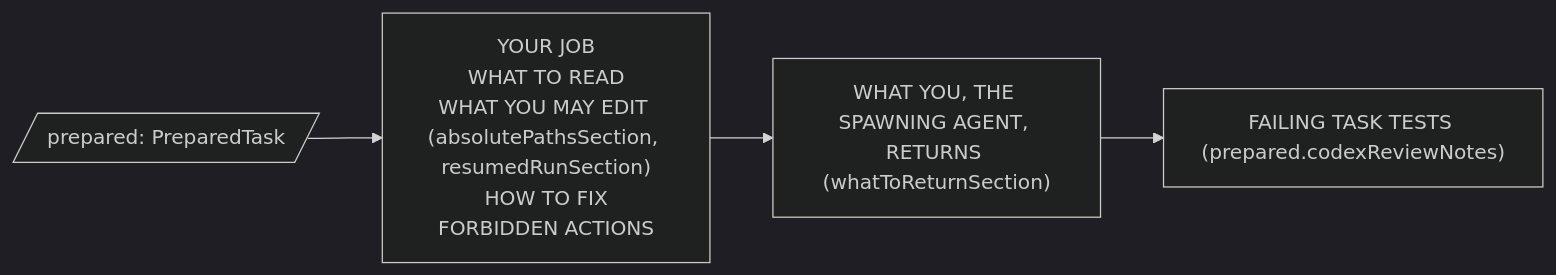
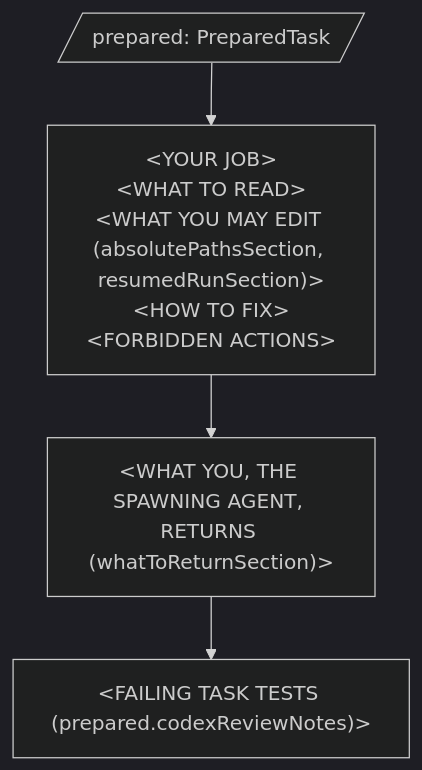
One commit to matkatmusic/taskTools changed the diagram in diagrams/prompts/FIX_IMPLEMENT_TASK_TESTS.mmd. Above: the diagram before and after it, drawn with Mermaid (dark theme). The commit also changed 52 other files, not shown here.

First line of the commit message:
Refactor review agent prompts and error handling for clarity and consistency

```diff
--- a/diagrams/prompts/FIX_IMPLEMENT_TASK_TESTS.mmd
+++ b/diagrams/prompts/FIX_IMPLEMENT_TASK_TESTS.mmd
@@ -1,6 +1,6 @@
 %% How buildFixTaskTestsPrompt picks its sections. No choices branch this prompt; every section always renders.
-flowchart LR
+flowchart TD
     prepared[/prepared: PreparedTask/] --> ALWAYS
-    ALWAYS["YOUR JOB<br>WHAT TO READ<br>WHAT YOU MAY EDIT (absolutePathsSection, resumedRunSection)<br>HOW TO FIX<br>FORBIDDEN ACTIONS"]
-    ALWAYS --> RETURN["WHAT YOU, THE SPAWNING AGENT, RETURNS (whatToReturnSection)"]
-    RETURN --> FAILING["FAILING TASK TESTS (prepared.codexReviewNotes)"]
+    ALWAYS["#60;YOUR JOB#62;<br>#60;WHAT TO READ#62;<br>#60;WHAT YOU MAY EDIT (absolutePathsSection, resumedRunSection)#62;<br>#60;HOW TO FIX#62;<br>#60;FORBIDDEN ACTIONS#62;"]
+    ALWAYS --> RETURN["#60;WHAT YOU, THE SPAWNING AGENT, RETURNS (whatToReturnSection)#62;"]
+    RETURN --> FAILING["#60;FAILING TASK TESTS (prepared.codexReviewNotes)#62;"]
```
